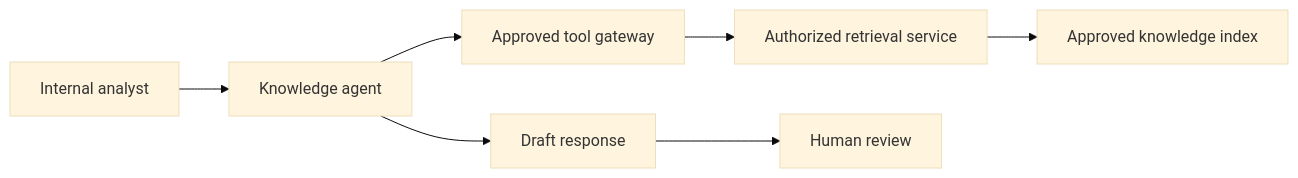
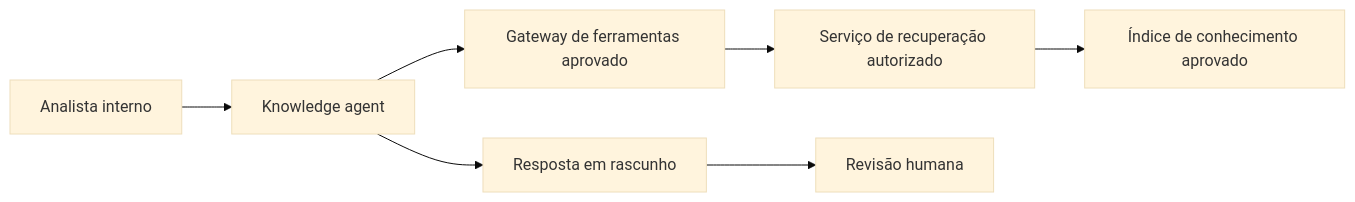
The diagram in toolkit/examples/architecture.example.md (rodgui/ai-agent-governance-framework-next), drawn with Mermaid (base theme) before and after one commit. The commit also changed other lines of this file and 18 other files, not shown here.

````diff
--- a/toolkit/examples/architecture.example.md
+++ b/toolkit/examples/architecture.example.md
@@ -5,9 +5,9 @@
 ```mermaid
 flowchart LR
-    U[Internal analyst] --> A[Knowledge agent]
-    A --> G[Approved tool gateway]
-    G --> R[Authorized retrieval service]
-    R --> K[Approved knowledge index]
-    A --> D[Draft response]
-    D --> H[Human review]
+    U[Analista interno] --> A[Knowledge agent]
+    A --> G[Gateway de ferramentas aprovado]
+    G --> R[Serviço de recuperação autorizado]
+    R --> K[Índice de conhecimento aprovado]
+    A --> D[Resposta em rascunho]
+    D --> H[Revisão humana]
 ```
````
